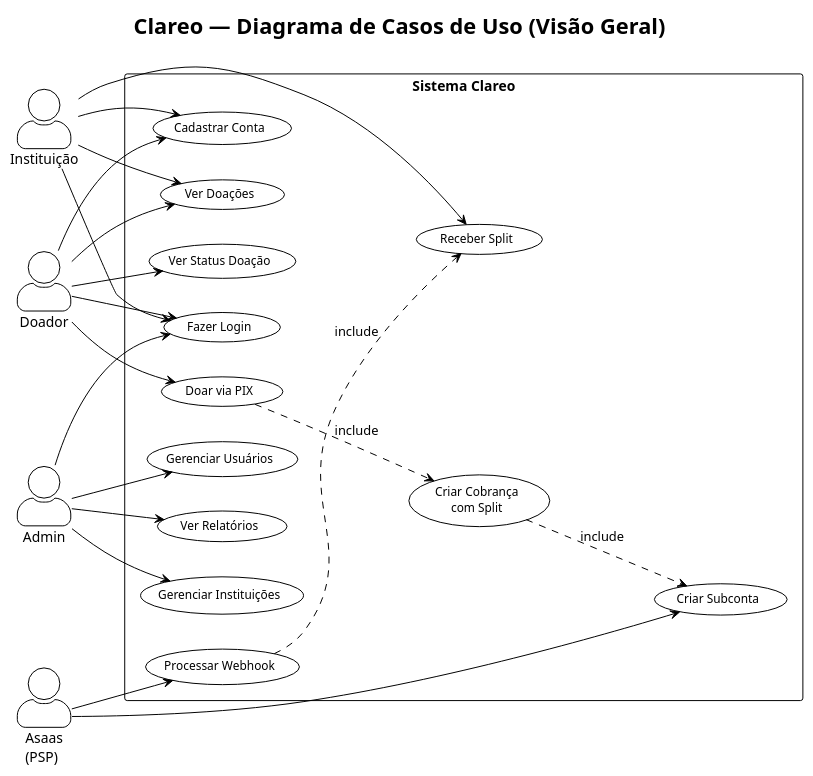
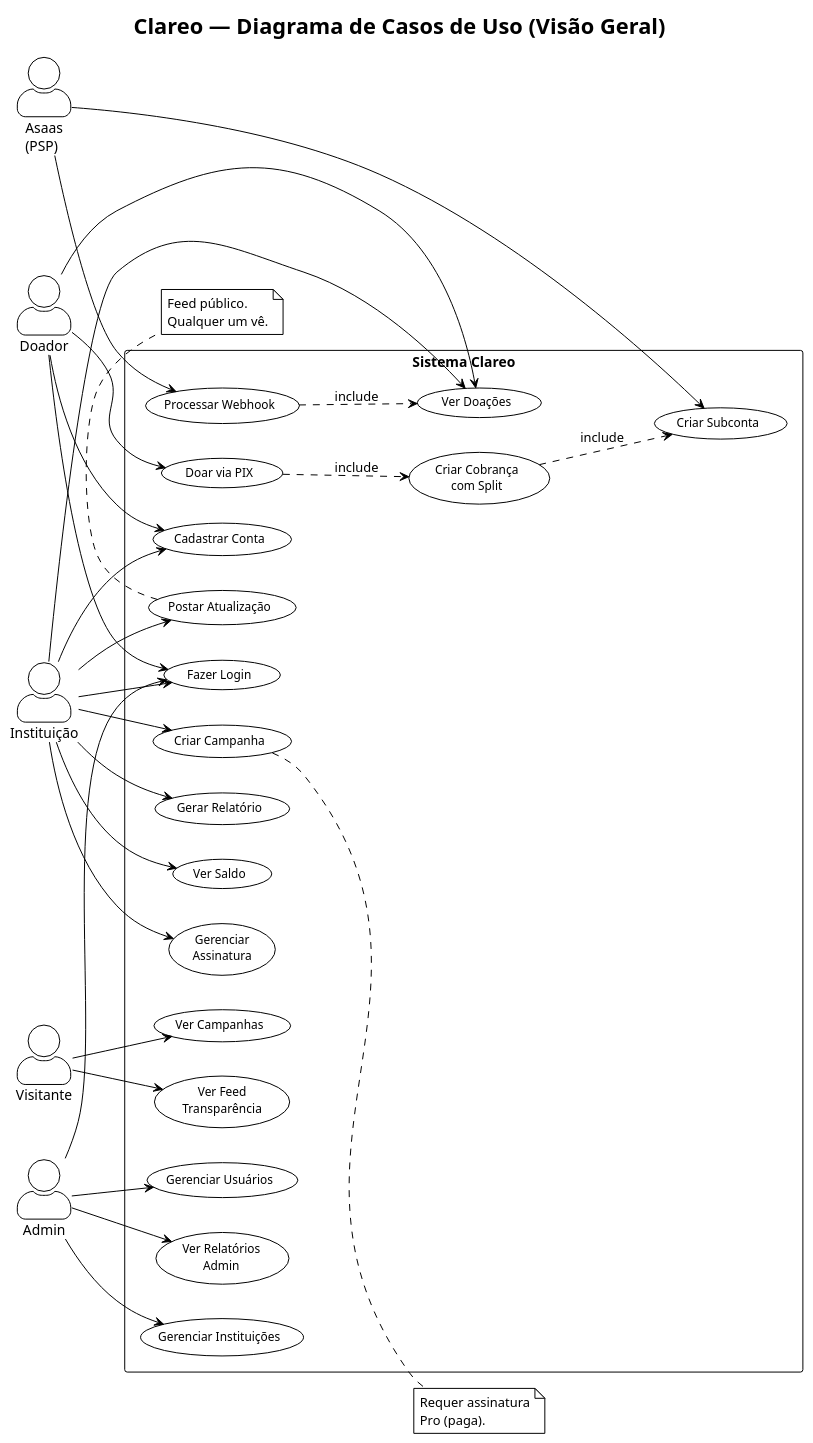
The diagram in doc/asaas/diagramas/01-VISAO-GERAL.puml (GabrielHR0/clareo-api), drawn with PlantUML before and after one commit. The commit also changed 9 other files, not shown here.

Commit message:
docs: adicionar transparência, campanhas, relatórios, assinatura - models, endpoints, fluxos, diagramas

```diff
--- a/doc/asaas/diagramas/01-VISAO-GERAL.puml
+++ b/doc/asaas/diagramas/01-VISAO-GERAL.puml
@@ -1,55 +1,77 @@
 @startuml Clareo - Visao Geral
 !theme plain
 left to right direction
 skinparam actorStyle awesome
 skinparam packageStyle rectangle
 skinparam packageFontSize 14
 skinparam usecaseFontSize 12
 skinparam defaultFontName Arial
 
 title Clareo — Diagrama de Casos de Uso (Visão Geral)
 
+actor "Visitante" as Visitor
 actor "Doador" as Donor
 actor "Instituição" as Institution
 actor "Admin" as Admin
 actor "Asaas\n(PSP)" as Asaas
 
 rectangle "Sistema Clareo" {
   usecase "Cadastrar Conta" as UC1
   usecase "Fazer Login" as UC2
-  usecase "Doar via PIX" as UC3
-  usecase "Ver Doações" as UC4
-  usecase "Ver Status Doação" as UC5
-  usecase "Receber Split" as UC6
-  usecase "Gerenciar Instituições" as UC7
-  usecase "Gerenciar Usuários" as UC8
-  usecase "Ver Relatórios" as UC9
-  usecase "Criar Subconta" as UC10
-  usecase "Criar Cobrança\ncom Split" as UC11
-  usecase "Processar Webhook" as UC12
+  usecase "Ver Campanhas" as UC3
+  usecase "Ver Feed\nTransparência" as UC4
+  usecase "Doar via PIX" as UC5
+  usecase "Ver Doações" as UC6
+  usecase "Criar Campanha" as UC7
+  usecase "Postar Atualização" as UC8
+  usecase "Gerar Relatório" as UC9
+  usecase "Ver Saldo" as UC10
+  usecase "Gerenciar Instituições" as UC11
+  usecase "Gerenciar Usuários" as UC12
+  usecase "Ver Relatórios\nAdmin" as UC13
+  usecase "Criar Subconta" as UC14
+  usecase "Criar Cobrança\ncom Split" as UC15
+  usecase "Processar Webhook" as UC16
+  usecase "Gerenciar\nAssinatura" as UC17
 }
+
+Visitor --> UC3
+Visitor --> UC4
 
 Donor --> UC1
 Donor --> UC2
-Donor --> UC3
-Donor --> UC4
 Donor --> UC5
+Donor --> UC6
 
 Institution --> UC1
 Institution --> UC2
 Institution --> UC6
-Institution --> UC4
+Institution --> UC7
+Institution --> UC8
+Institution --> UC9
+Institution --> UC10
+Institution --> UC17
 
 Admin --> UC2
-Admin --> UC7
-Admin --> UC8
-Admin --> UC9
+Admin --> UC11
+Admin --> UC12
+Admin --> UC13
 
-Asaas --> UC10
-Asaas --> UC12
+Asaas --> UC14
+Asaas --> UC16
 
-UC3 ..> UC11 : include
-UC11 ..> UC10 : include
-UC12 ..> UC6 : include
+UC5 ..> UC15 : include
+UC15 ..> UC14 : include
+UC16 ..> UC6 : include
+
+note right of UC7
+  Requer assinatura
+  Pro (paga).
+end note
+
+note bottom of UC8
+  Feed público.
+  Qualquer um vê.
+end note
 
 @enduml
```
